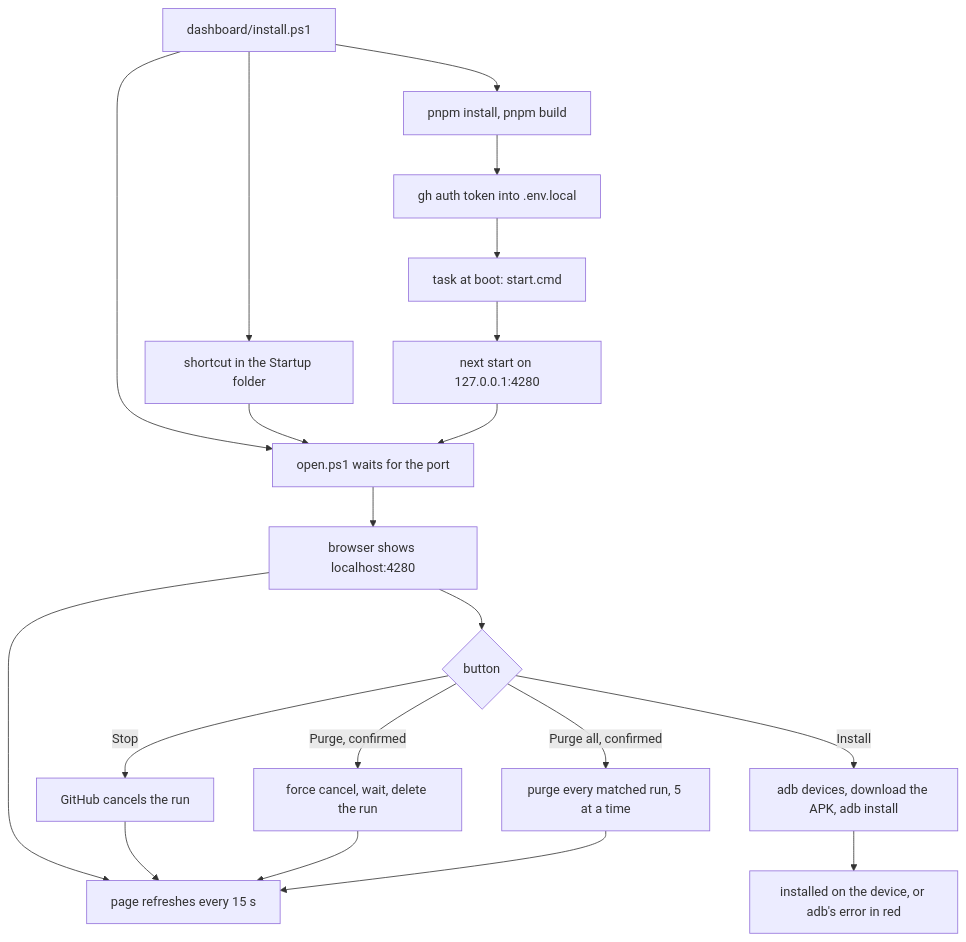
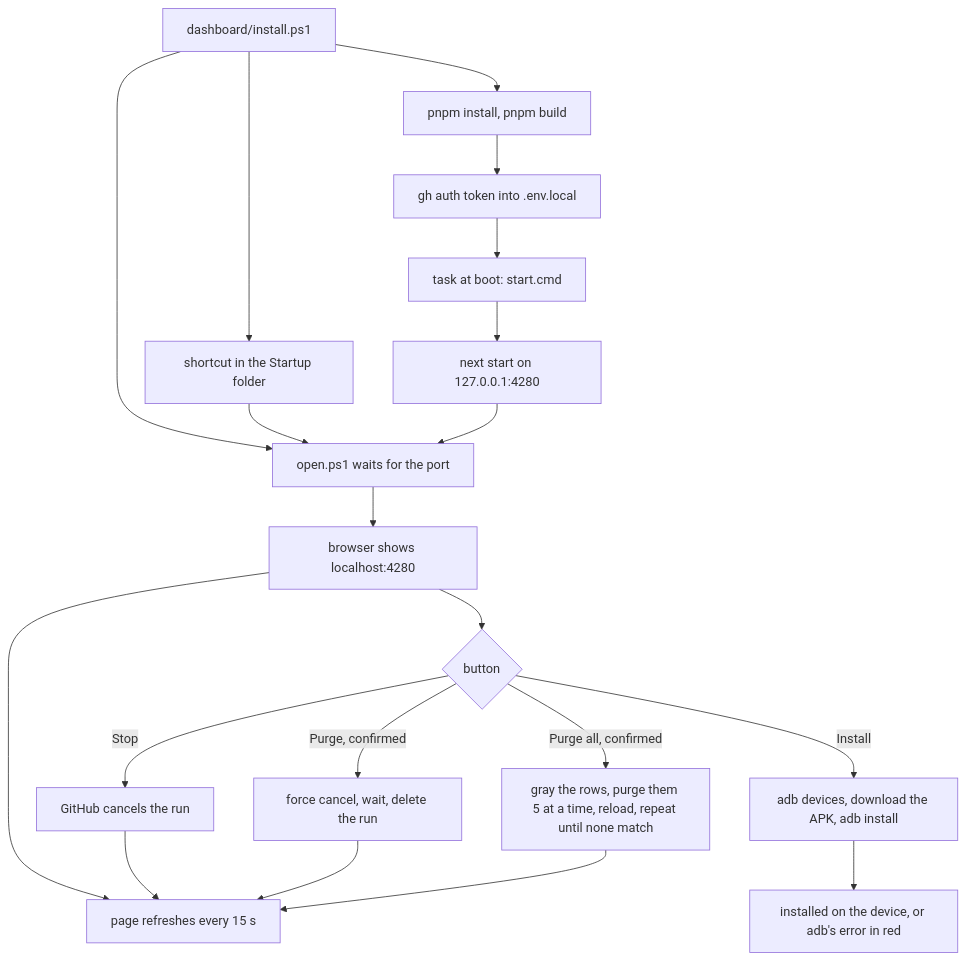
One commit to workbench-soft/local-ci changed the fifth of 5 diagrams in docs/user-flows.md. Above: the diagram before and after it, drawn with Mermaid. The commit also changed other lines of this file and 8 other files, not shown here.

First line of the commit message:
Purge all clears older runs too and grays its rows

````diff
--- a/docs/user-flows.md
+++ b/docs/user-flows.md
@@ -106,19 +107,19 @@
 ```mermaid
 flowchart TD
   A[dashboard/install.ps1] --> B[pnpm install, pnpm build]
   B --> C[gh auth token into .env.local]
   C --> D[task at boot: start.cmd]
   D --> E[next start on 127.0.0.1:4280]
   A --> S[shortcut in the Startup folder]
   A & S --> O[open.ps1 waits for the port]
   E --> O
   O --> F[browser shows localhost:4280]
   F --> G[page refreshes every 15 s]
   F --> H{button}
   H -- Stop --> I[GitHub cancels the run]
   H -- Purge, confirmed --> J[force cancel, wait, delete the run]
-  H -- Purge all, confirmed --> P[purge every matched run, 5 at a time]
+  H -- Purge all, confirmed --> P[gray the rows, purge them 5 at a time, reload, repeat until none match]
   H -- Install --> K[adb devices, download the APK, adb install]
   K --> L[installed on the device, or adb's error in red]
   I & J & P --> G
 ```
````
